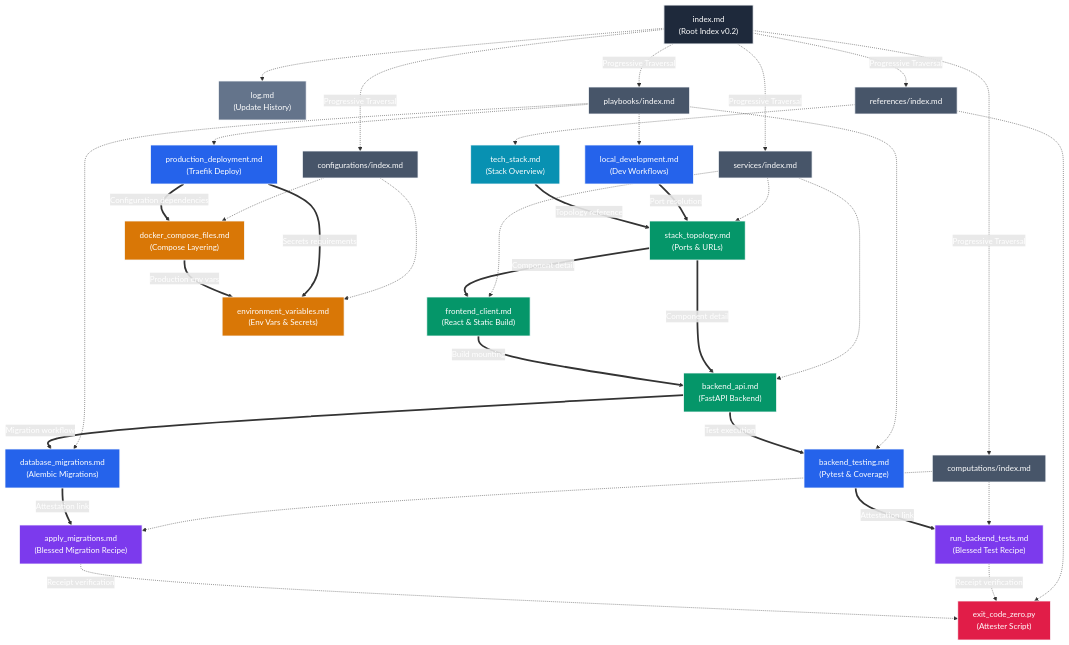
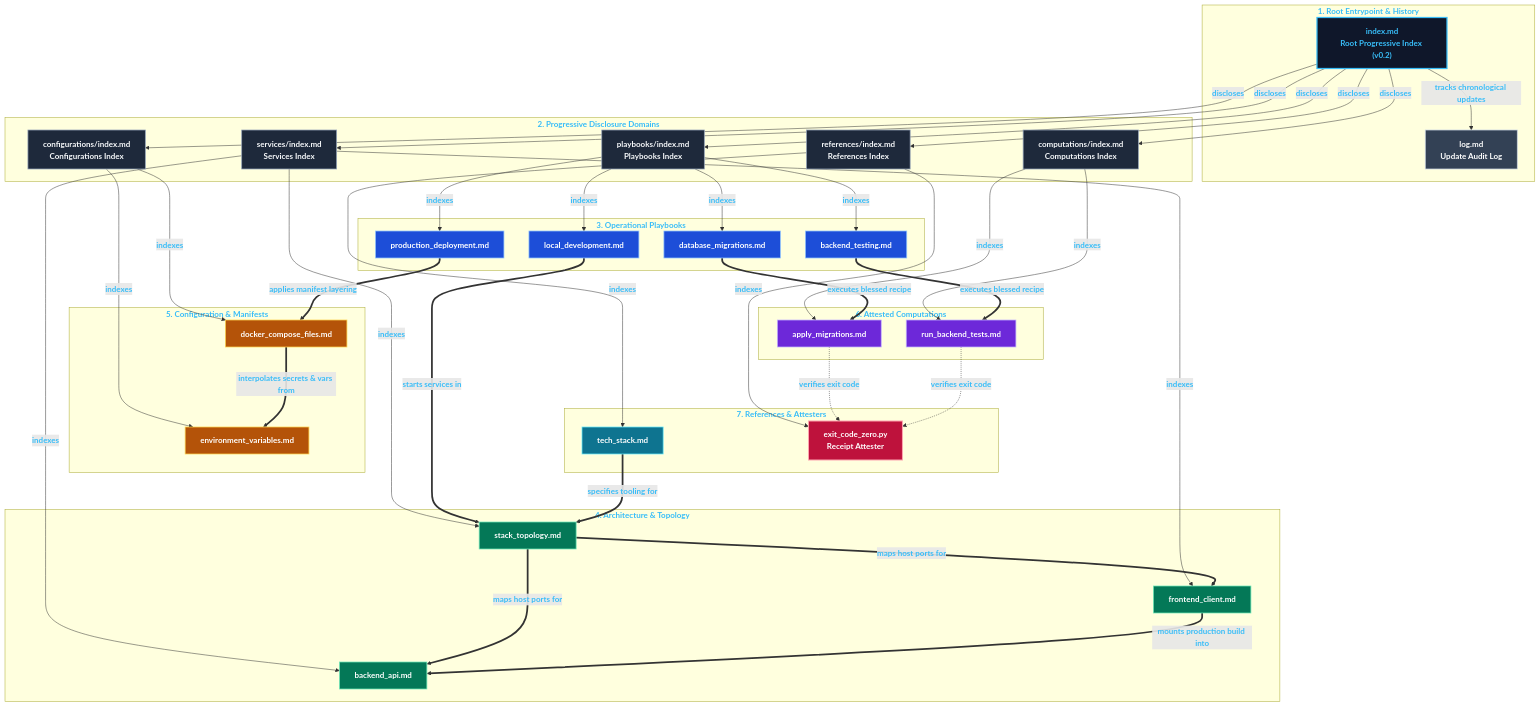
One commit to uhcel/okf-testing changed the first of 3 diagrams in README.md. Above: the diagram before and after it, drawn with Mermaid. The commit also changed other lines of this file and 1 other file, not shown here.

Commit message:
Streamline documentation to one unified OKF concept relationship graph

````diff
--- a/README.md
+++ b/README.md
@@ -239,91 +228,94 @@
 ```mermaid
 graph TD
   %% Styles
-  classDef root fill:#1e293b,stroke:#f8fafc,stroke-width:2px,color:#fff;
-  classDef index fill:#475569,stroke:#f8fafc,stroke-width:1.5px,color:#fff;
-  classDef playbook fill:#2563eb,stroke:#f8fafc,stroke-width:1.5px,color:#fff;
-  classDef service fill:#059669,stroke:#f8fafc,stroke-width:1.5px,color:#fff;
-  classDef config fill:#d97706,stroke:#f8fafc,stroke-width:1.5px,color:#fff;
-  classDef comp fill:#7c3aed,stroke:#f8fafc,stroke-width:1.5px,color:#fff;
-  classDef ref fill:#0891b2,stroke:#f8fafc,stroke-width:1.5px,color:#fff;
-  classDef attester fill:#e11d48,stroke:#f8fafc,stroke-width:1.5px,color:#fff;
-  classDef log fill:#64748b,stroke:#f8fafc,stroke-width:1.5px,color:#fff;
+  classDef root fill:#0f172a,stroke:#38bdf8,stroke-width:2.5px,color:#38bdf8,font-weight:bold;
+  classDef index fill:#1e293b,stroke:#94a3b8,stroke-width:1.5px,color:#f8fafc;
+  classDef playbook fill:#1d4ed8,stroke:#93c5fd,stroke-width:1.5px,color:#fff;
+  classDef service fill:#047857,stroke:#6ee7b7,stroke-width:1.5px,color:#fff;
+  classDef config fill:#b45309,stroke:#fcd34d,stroke-width:1.5px,color:#fff;
+  classDef comp fill:#6d28d9,stroke:#c4b5fd,stroke-width:1.5px,color:#fff;
+  classDef ref fill:#0e7490,stroke:#67e8f9,stroke-width:1.5px,color:#fff;
+  classDef attester fill:#be123c,stroke:#fda4af,stroke-width:2px,color:#fff;
+  classDef log fill:#334155,stroke:#cbd5e1,stroke-width:1.5px,color:#fff;
 
-  %% Root & Audit
-  Root["index.md<br/>(Root Index v0.2)"]:::root
-  Log["log.md<br/>(Update History)"]:::log
-  Root -.-> Log
+  subgraph RootLayer ["1. Root Entrypoint & History"]
+    Root["index.md<br/><b>Root Progressive Index (v0.2)</b>"]:::root
+    Log["log.md<br/><b>Update Audit Log</b>"]:::log
+    Root -->|tracks chronological updates| Log
+  end
 
-  %% Category Indexes
-  IdxPlay["playbooks/index.md"]:::index
-  IdxServ["services/index.md"]:::index
-  IdxConf["configurations/index.md"]:::index
-  IdxComp["computations/index.md"]:::index
-  IdxRef["references/index.md"]:::index
+  subgraph Domains ["2. Progressive Disclosure Domains"]
+    D_Play["playbooks/index.md<br/><b>Playbooks Index</b>"]:::index
+    D_Serv["services/index.md<br/><b>Services Index</b>"]:::index
+    D_Conf["configurations/index.md<br/><b>Configurations Index</b>"]:::index
+    D_Comp["computations/index.md<br/><b>Computations Index</b>"]:::index
+    D_Ref["references/index.md<br/><b>References Index</b>"]:::index
+  end
 
-  Root -.->|Progressive Traversal| IdxPlay
-  Root -.->|Progressive Traversal| IdxServ
-  Root -.->|Progressive Traversal| IdxConf
-  Root -.->|Progressive Traversal| IdxComp
-  Root -.->|Progressive Traversal| IdxRef
+  Root -->|discloses| D_Play
+  Root -->|discloses| D_Serv
+  Root -->|discloses| D_Conf
+  Root -->|discloses| D_Comp
+  Root -->|discloses| D_Ref
 
-  %% Playbook Concepts
-  P_Mig["database_migrations.md<br/>(Alembic Migrations)"]:::playbook
-  P_Dev["local_development.md<br/>(Dev Workflows)"]:::playbook
-  P_Test["backend_testing.md<br/>(Pytest & Coverage)"]:::playbook
-  P_Dep["production_deployment.md<br/>(Traefik Deploy)"]:::playbook
+  subgraph PlaybooksGroup ["3. Operational Playbooks"]
+    P_Mig["database_migrations.md"]:::playbook
+    P_Dev["local_development.md"]:::playbook
+    P_Test["backend_testing.md"]:::playbook
+    P_Dep["production_deployment.md"]:::playbook
+  end
 
-  IdxPlay -.-> P_Mig
-  IdxPlay -.-> P_Dev
-  IdxPlay -.-> P_Test
-  IdxPlay -.-> P_Dep
+  D_Play -->|indexes| P_Mig
+  D_Play -->|indexes| P_Dev
+  D_Play -->|indexes| P_Test
+  D_Play -->|indexes| P_Dep
 
-  %% Service Concepts
-  S_Top["stack_topology.md<br/>(Ports & URLs)"]:::service
-  S_Api["backend_api.md<br/>(FastAPI Backend)"]:::service
-  S_Front["frontend_client.md<br/>(React & Static Build)"]:::service
+  subgraph ServicesGroup ["4. Architecture & Topology"]
+    S_Top["stack_topology.md"]:::service
+    S_Api["backend_api.md"]:::service
+    S_Front["frontend_client.md"]:::service
+  end
 
-  IdxServ -.-> S_Top
-  IdxServ -.-> S_Api
-  IdxServ -.-> S_Front
+  D_Serv -->|indexes| S_Top
+  D_Serv -->|indexes| S_Api
+  D_Serv -->|indexes| S_Front
 
-  %% Configuration Concepts
-  C_Env["environment_variables.md<br/>(Env Vars & Secrets)"]:::config
-  C_Files["docker_compose_files.md<br/>(Compose Layering)"]:::config
+  subgraph ConfigGroup ["5. Configuration & Manifests"]
+    C_Env["environment_variables.md"]:::config
+    C_Files["docker_compose_files.md"]:::config
+  end
 
-  IdxConf -.-> C_Env
-  IdxConf -.-> C_Files
+  D_Conf -->|indexes| C_Env
+  D_Conf -->|indexes| C_Files
 
-  %% Attested Computations
-  K_Test["run_backend_tests.md<br/>(Blessed Test Recipe)"]:::comp
-  K_Mig["apply_migrations.md<br/>(Blessed Migration Recipe)"]:::comp
+  subgraph ComputationsGroup ["6. Attested Computations"]
+    K_Mig["apply_migrations.md"]:::comp
+    K_Test["run_backend_tests.md"]:::comp
+  end
 
-  IdxComp -.-> K_Test
-  IdxComp -.-> K_Mig
+  D_Comp -->|indexes| K_Mig
+  D_Comp -->|indexes| K_Test
 
-  %% References & Attester
-  R_Stack["tech_stack.md<br/>(Stack Overview)"]:::ref
-  Att_Exit["exit_code_zero.py<br/>(Attester Script)"]:::attester
+  subgraph ReferencesGroup ["7. References & Attesters"]
+    R_Stack["tech_stack.md"]:::ref
+    Att["exit_code_zero.py<br/><b>Receipt Attester</b>"]:::attester
+  end
 
-  IdxRef -.-> R_Stack
-  IdxRef -.-> Att_Exit
+  D_Ref -->|indexes| R_Stack
+  D_Ref -->|indexes| Att
 
-  %% Cross-Domain Semantic Relationships
-  P_Mig ==>|Attestation link| K_Mig
-  P_Test ==>|Attestation link| K_Test
-  P_Dev ==>|Port resolution| S_Top
-  P_Dep ==>|Configuration dependencies| C_Files
-  P_Dep ==>|Secrets requirements| C_Env
+  %% Functional & Semantic Relationships Between Concepts
+  P_Mig ==>|executes blessed recipe| K_Mig
+  P_Test ==>|executes blessed recipe| K_Test
+  K_Mig -.->|verifies exit code| Att
+  K_Test -.->|verifies exit code| Att
 
-  S_Top ==>|Component detail| S_Api
-  S_Top ==>|Component detail| S_Front
-  S_Front ==>|Build mounting| S_Api
-  S_Api ==>|Migration workflow| P_Mig
-  S_Api ==>|Test execution| P_Test
+  P_Dev ==>|starts services in| S_Top
+  S_Top ==>|maps host ports for| S_Api
+  S_Top ==>|maps host ports for| S_Front
+  S_Front ==>|mounts production build into| S_Api
 
-  C_Files ==>|Production env vars| C_Env
-  R_Stack ==>|Topology reference| S_Top
-
-  K_Test -.->|Receipt verification| Att_Exit
-  K_Mig -.->|Receipt verification| Att_Exit
+  P_Dep ==>|applies manifest layering| C_Files
+  C_Files ==>|interpolates secrets & vars from| C_Env
+  R_Stack ==>|specifies tooling for| S_Top
 ```
````
